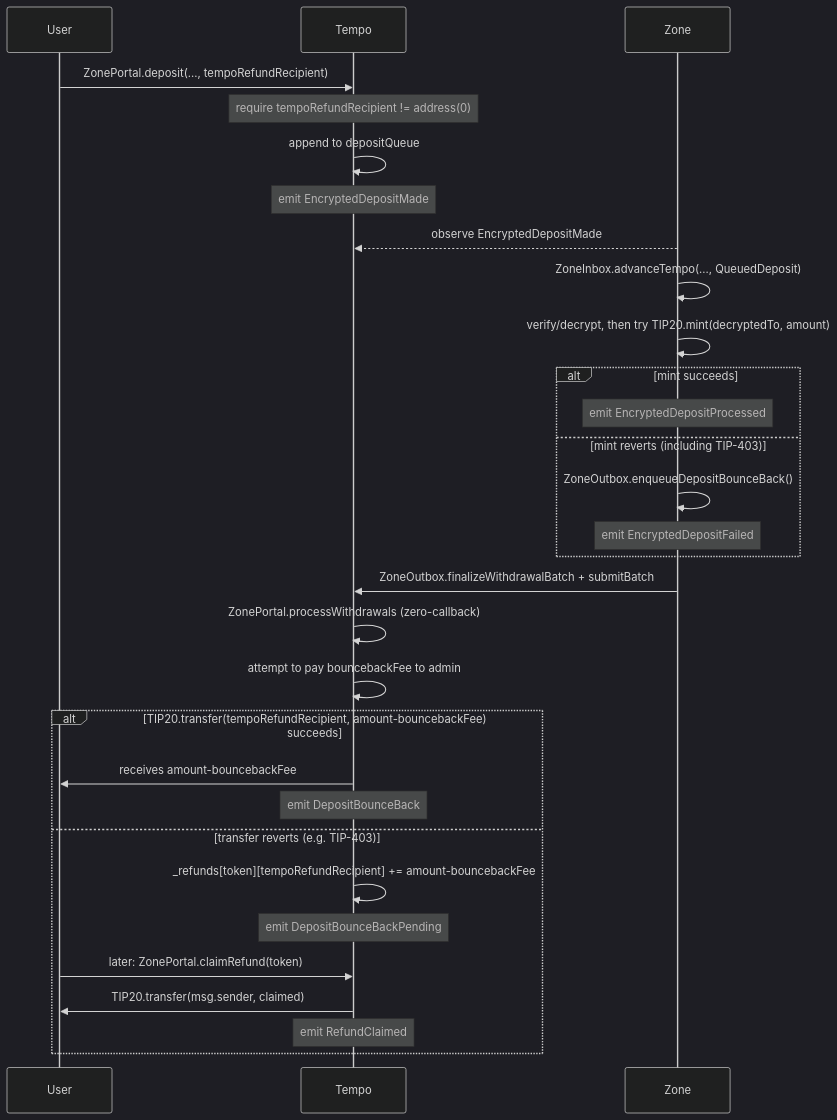
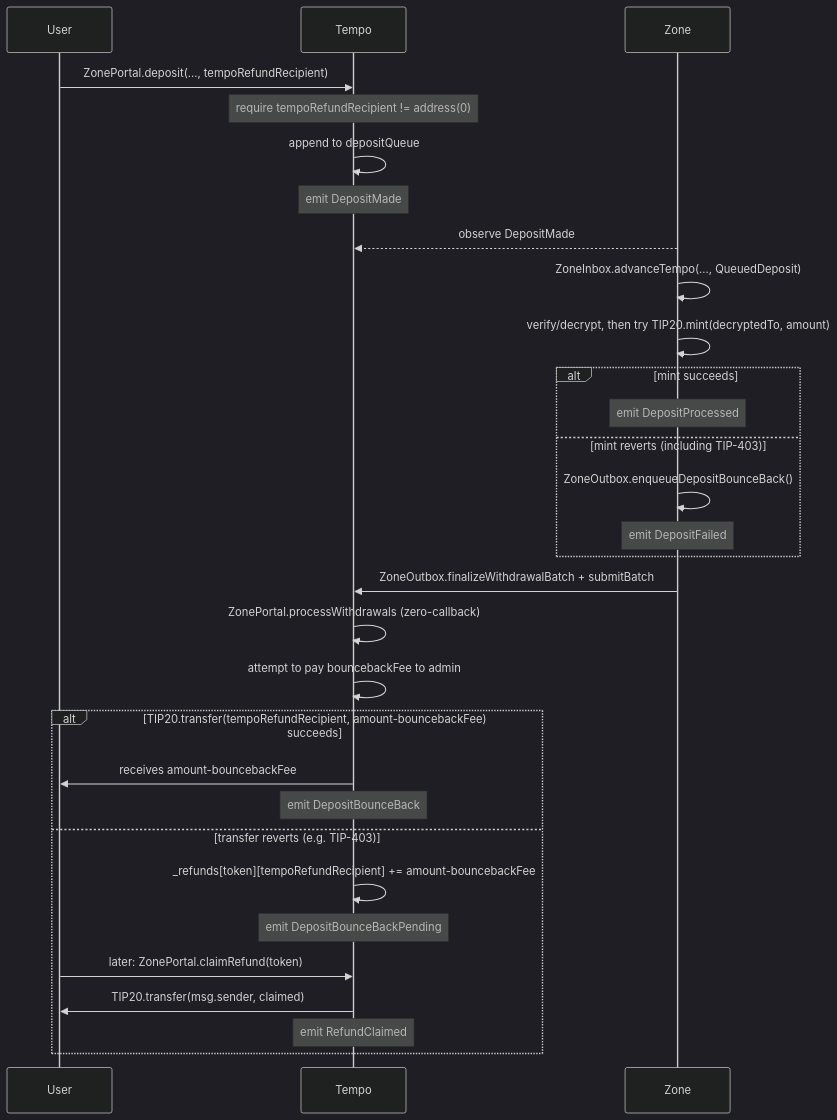
One commit to tempoxyz/zones changed the third of 5 diagrams in specs/spec.md. Above: the diagram before and after it, drawn with Mermaid (dark theme). The commit also changed other lines of this file and 54 other files, not shown here.

````diff
--- a/specs/spec.md
+++ b/specs/spec.md
@@ -528,33 +528,33 @@
 ```mermaid
 sequenceDiagram
     participant U as User
     participant T as Tempo
     participant Z as Zone
 
     U->>T: ZonePortal.deposit(..., tempoRefundRecipient)
     Note over T: require tempoRefundRecipient != address(0)
     T->>T: append to depositQueue
-    Note over T: emit EncryptedDepositMade
-    Z-->>T: observe EncryptedDepositMade
+    Note over T: emit DepositMade
+    Z-->>T: observe DepositMade
     Z->>Z: ZoneInbox.advanceTempo(..., QueuedDeposit)
     Z->>Z: verify/decrypt, then try TIP20.mint(decryptedTo, amount)
     alt mint succeeds
-        Note over Z: emit EncryptedDepositProcessed
+        Note over Z: emit DepositProcessed
     else mint reverts (including TIP-403)
         Z->>Z: ZoneOutbox.enqueueDepositBounceBack()
-        Note over Z: emit EncryptedDepositFailed
+        Note over Z: emit DepositFailed
     end
     Z->>T: ZoneOutbox.finalizeWithdrawalBatch + submitBatch
     T->>T: ZonePortal.processWithdrawals (zero-callback)
     T->>T: attempt to pay bouncebackFee to admin
     alt TIP20.transfer(tempoRefundRecipient, amount-bouncebackFee) succeeds
         T->>U: receives amount-bouncebackFee
         Note over T: emit DepositBounceBack
     else transfer reverts (e.g. TIP-403)
         T->>T: _refunds[token][tempoRefundRecipient] += amount-bouncebackFee
         Note over T: emit DepositBounceBackPending
         U->>T: later: ZonePortal.claimRefund(token)
         T->>U: TIP20.transfer(msg.sender, claimed)
         Note over T: emit RefundClaimed
     end
 ```
````
